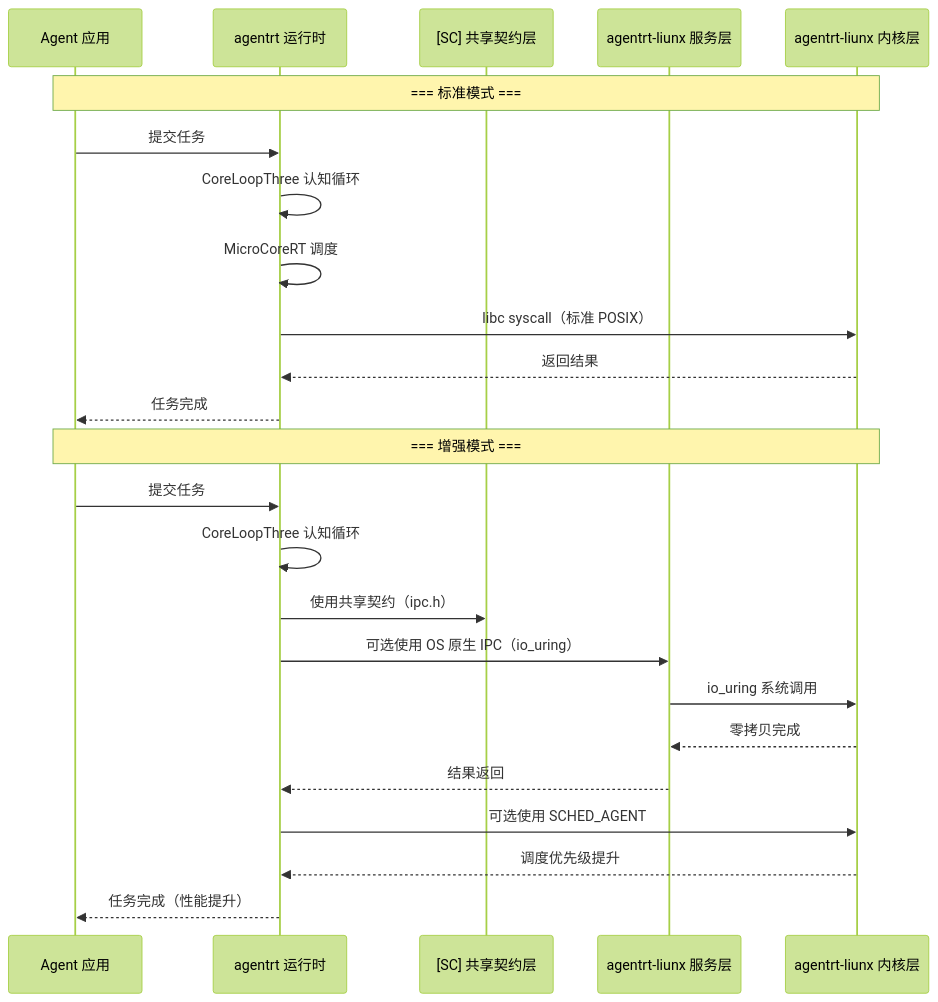
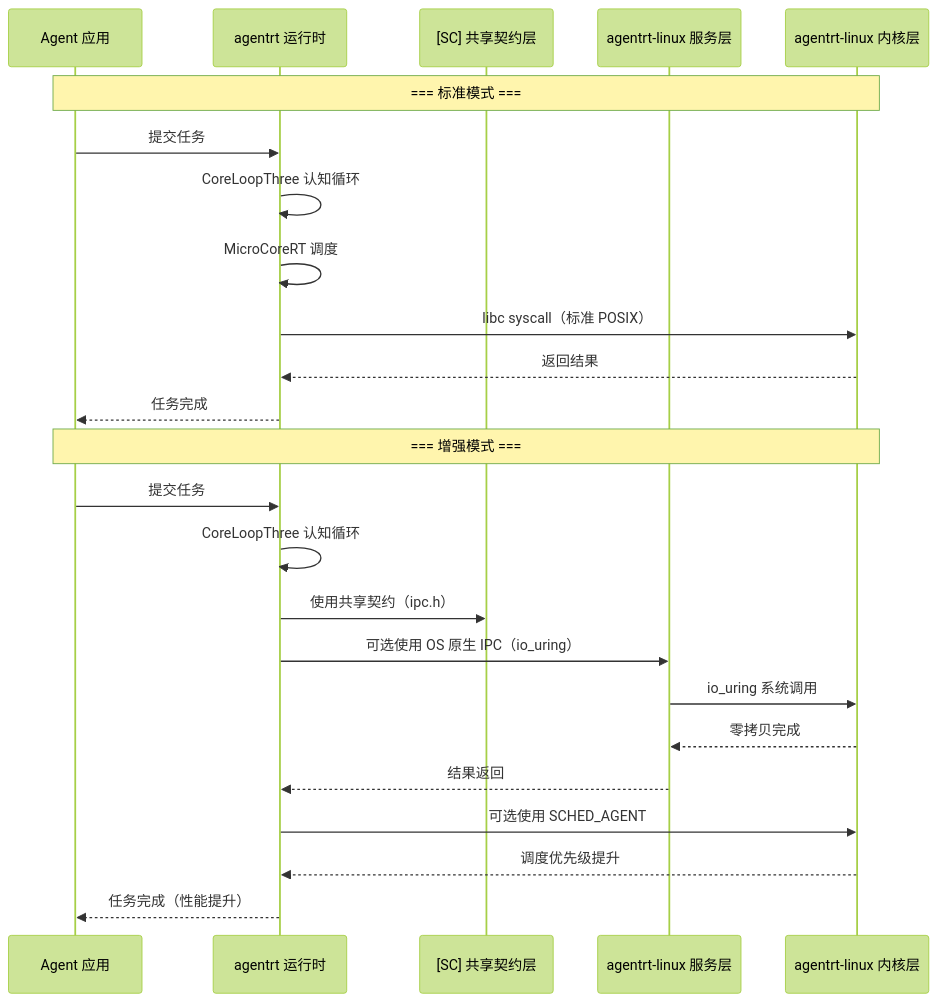
The third of 4 diagrams in AirymaxOS/50-engineering-standards/40-integration/agentrt_integration.md (SpharxTeam/Docs), drawn with Mermaid (forest theme) before and after one commit. The commit also changed other lines of this file and 132 other files, not shown here.

````diff
--- a/AirymaxOS/50-engineering-standards/40-integration/agentrt_integration.md
+++ b/AirymaxOS/50-engineering-standards/40-integration/agentrt_integration.md
@@ -703,28 +703,28 @@
 ```mermaid
 sequenceDiagram
     participant App as Agent 应用
     participant RT as agentrt 运行时
     participant SC as [SC] 共享契约层
-    participant OS_SVC as agentrt-liunx 服务层
-    participant OS_KERN as agentrt-liunx 内核层
+    participant OS_SVC as agentrt-linux 服务层
+    participant OS_KERN as agentrt-linux 内核层
 
     Note over App,OS_KERN: === 标准模式 ===
     App->>RT: 提交任务
     RT->>RT: CoreLoopThree 认知循环
     RT->>RT: MicroCoreRT 调度
     RT->>OS_KERN: libc syscall（标准 POSIX）
     OS_KERN-->>RT: 返回结果
     RT-->>App: 任务完成
 
     Note over App,OS_KERN: === 增强模式 ===
     App->>RT: 提交任务
     RT->>RT: CoreLoopThree 认知循环
     RT->>SC: 使用共享契约（ipc.h）
     RT->>OS_SVC: 可选使用 OS 原生 IPC（io_uring）
     OS_SVC->>OS_KERN: io_uring 系统调用
     OS_KERN-->>OS_SVC: 零拷贝完成
     OS_SVC-->>RT: 结果返回
     RT->>OS_KERN: 可选使用 SCHED_AGENT
     OS_KERN-->>RT: 调度优先级提升
     RT-->>App: 任务完成（性能提升）
 ```
````
